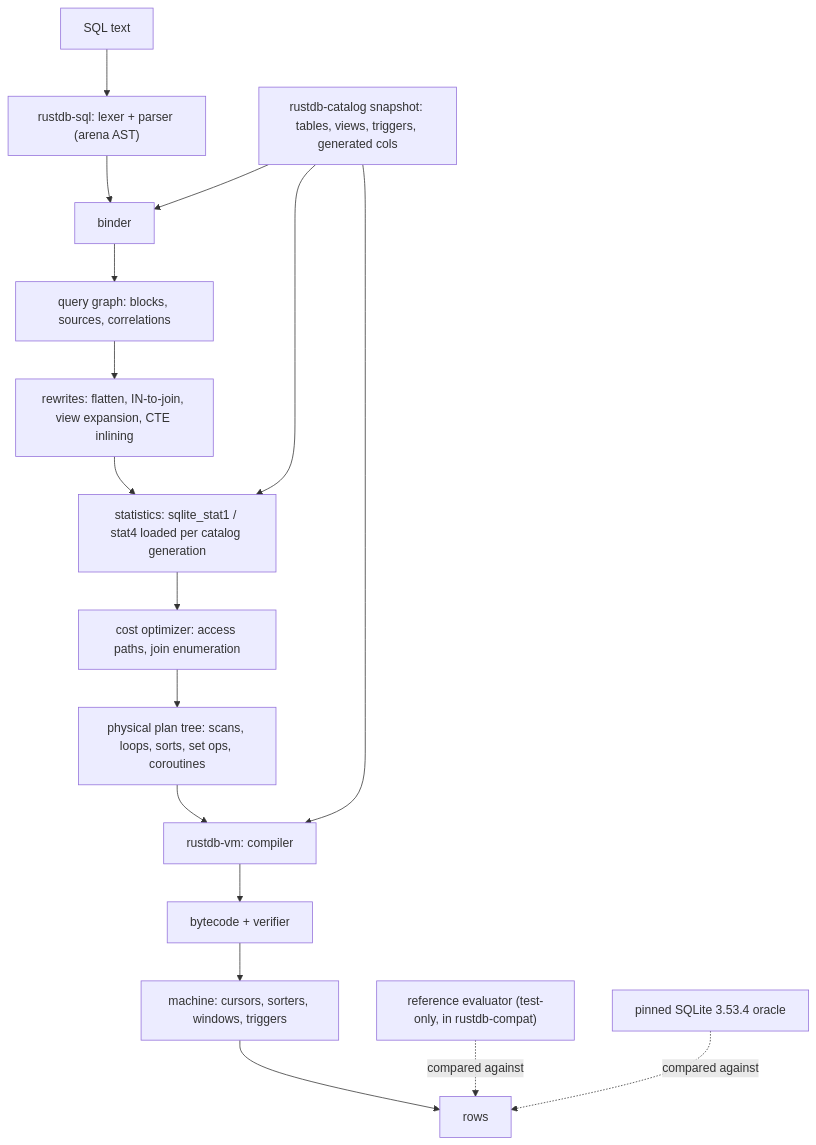
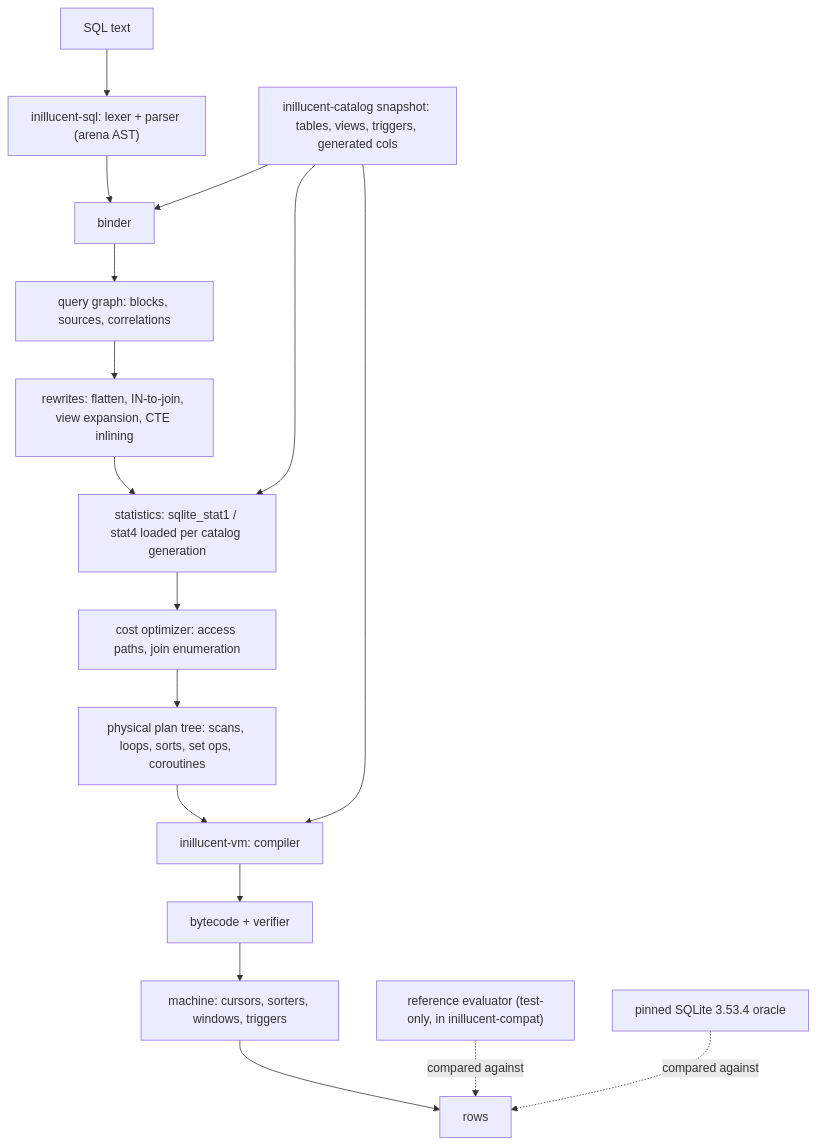
The diagram in tasks/task-1787-advanced-sql-planner-tdd.md (jasonmcaffee/inillucent), drawn with Mermaid before and after one commit. The commit also changed other lines of this file and 767 other files, not shown here.

````diff
--- a/tasks/task-1787-advanced-sql-planner-tdd.md
+++ b/tasks/task-1787-advanced-sql-planner-tdd.md
@@ -76,20 +76,20 @@
 ```mermaid
 flowchart TD
-  SQL["SQL text"] --> P["rustdb-sql: lexer + parser (arena AST)"]
+  SQL["SQL text"] --> P["inillucent-sql: lexer + parser (arena AST)"]
   P --> B["binder"]
   B --> QG["query graph: blocks, sources, correlations"]
   QG --> RW["rewrites: flatten, IN-to-join, view expansion, CTE inlining"]
   RW --> ST["statistics: sqlite_stat1 / stat4 loaded per catalog generation"]
   ST --> OPT["cost optimizer: access paths, join enumeration"]
   OPT --> PP["physical plan tree: scans, loops, sorts, set ops, coroutines"]
-  PP --> C["rustdb-vm: compiler"]
+  PP --> C["inillucent-vm: compiler"]
   C --> BC["bytecode + verifier"]
   BC --> M["machine: cursors, sorters, windows, triggers"]
   M --> R["rows"]
 
-  CAT["rustdb-catalog snapshot: tables, views, triggers, generated cols"] --> B
+  CAT["inillucent-catalog snapshot: tables, views, triggers, generated cols"] --> B
   CAT --> ST
   CAT --> C
-  REF["reference evaluator (test-only, in rustdb-compat)"] -.compared against.-> R
+  REF["reference evaluator (test-only, in inillucent-compat)"] -.compared against.-> R
   ORA["pinned SQLite 3.53.4 oracle"] -.compared against.-> R
 ```
````
